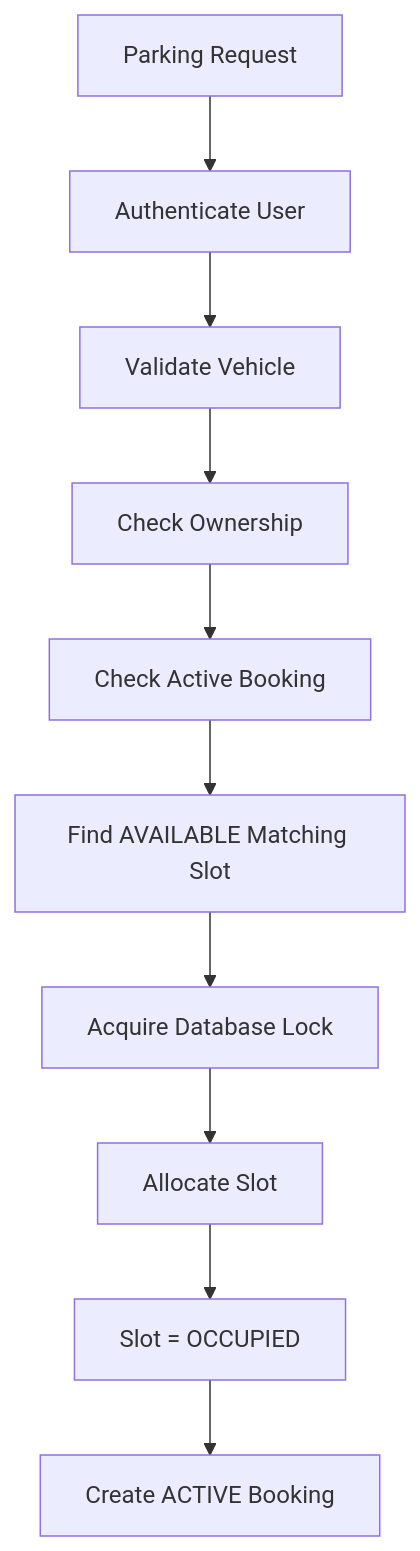
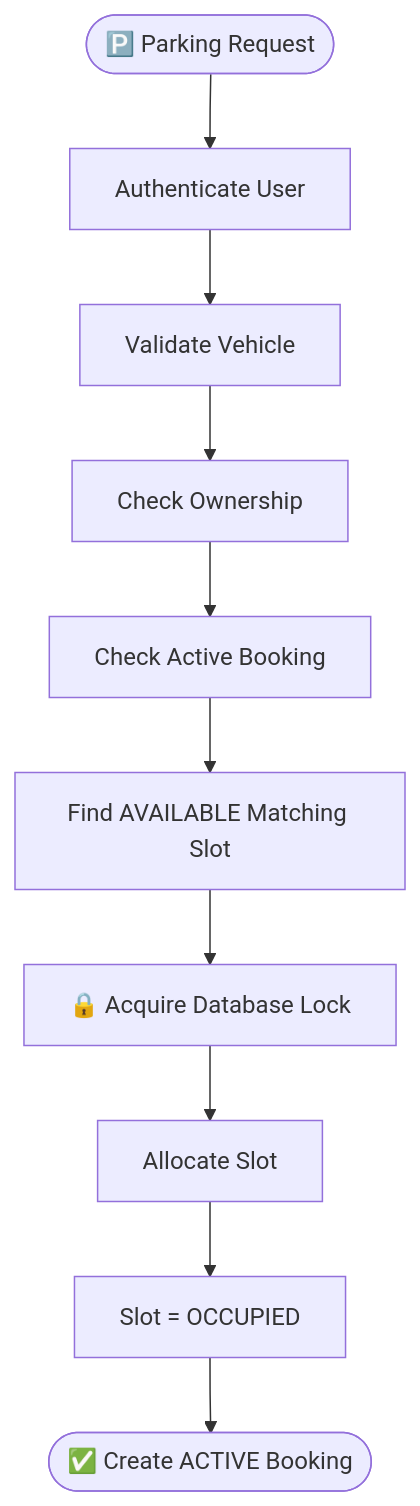
Before and after one commit to Sahil2u47/smart_parking_system: the fifth of 12 diagrams in README.md, drawn with Mermaid. The commit also changed other lines of this file, not shown here.

````diff
--- a/README.md
+++ b/README.md
@@ -201,12 +282,12 @@
 ```mermaid
 flowchart TD
-    A[Parking Request] --> B[Authenticate User]
-    B --> C[Validate Vehicle]
-    C --> D[Check Ownership]
-    D --> E[Check Active Booking]
-    E --> F[Find AVAILABLE Matching Slot]
-    F --> G[Acquire Database Lock]
-    G --> H[Allocate Slot]
-    H --> I[Slot = OCCUPIED]
-    I --> J[Create ACTIVE Booking]
+    A(["🅿️ Parking Request"]) --> B["Authenticate User"]
+    B --> C["Validate Vehicle"]
+    C --> D["Check Ownership"]
+    D --> E["Check Active Booking"]
+    E --> F["Find AVAILABLE Matching Slot"]
+    F --> G["🔒 Acquire Database Lock"]
+    G --> H["Allocate Slot"]
+    H --> I["Slot = OCCUPIED"]
+    I --> J(["✅ Create ACTIVE Booking"])
 ```
````
